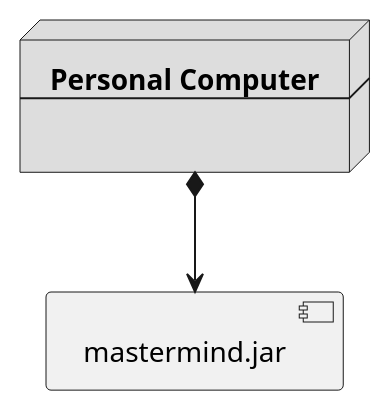
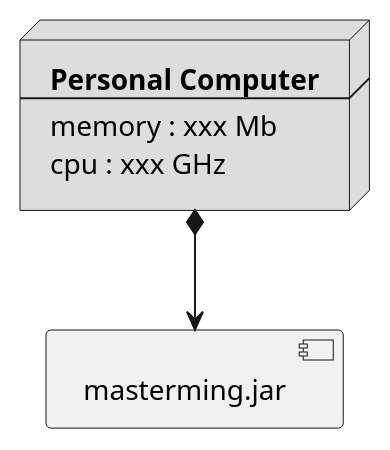
The second of 2 diagrams in modelViewPresenter/presentationModel/withFacade/docs/diagrams/src/vistas.plantuml (SantaTecla-mastermind/solution.java.swing.socket.sql), drawn with PlantUML before and after one commit. The commit also changed other lines of this file and 12 other files, not shown here.

Commit message:
Diagrams updated MVP Facade

```diff
--- a/modelViewPresenter/presentationModel/withFacade/docs/diagrams/src/vistas.plantuml
+++ b/modelViewPresenter/presentationModel/withFacade/docs/diagrams/src/vistas.plantuml
@@ -19,11 +43,12 @@
 @startuml despliegue_fisica
 node node #DDDDDD [
 <b>Personal Computer</b>
 ----
-
+memory : xxx Mb
+cpu : xxx GHz
 ]
 
-[ mastermind.jar ] as component
+[ masterming.jar ] as component
 
 node *--> component
 @enduml
```
